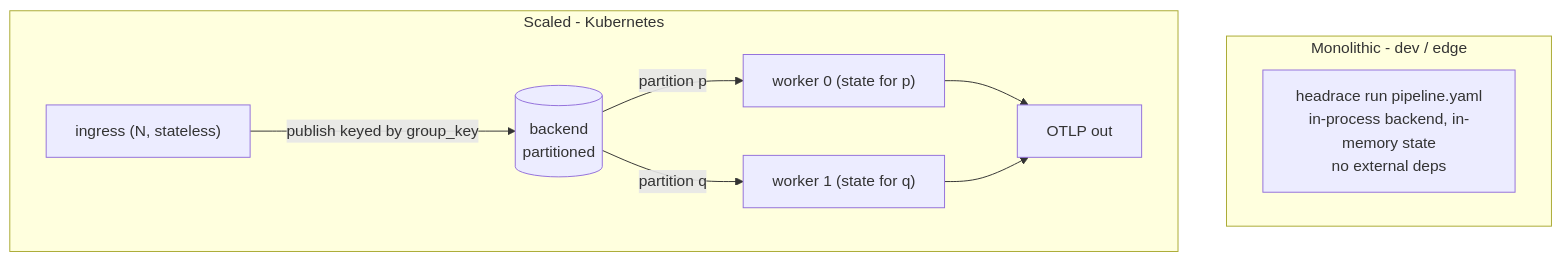
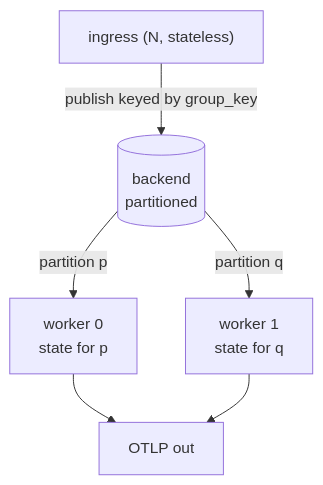
One commit to headrace-rs/headrace changed the third of 5 diagrams in DESIGN.md. Above: the diagram before and after it, drawn with Mermaid. The commit also changed other lines of this file, not shown here.

First line of the commit message:
docs: revise DESIGN for dataflow, run modes, and v0.2/v0.3 plans

````diff
--- a/DESIGN.md
+++ b/DESIGN.md
@@ -47,13 +56,8 @@
 ```mermaid
 flowchart TB
-  subgraph mono[Monolithic - dev / edge]
-    m["headrace run pipeline.yaml<br/>in-process backend, in-memory state<br/>no external deps"]
-  end
-  subgraph scaled[Scaled - Kubernetes]
-    i["ingress (N, stateless)"] -->|publish keyed by group_key| b[(backend<br/>partitioned)]
-    b -->|partition p| w0["worker 0 (state for p)"]
-    b -->|partition q| w1["worker 1 (state for q)"]
-    w0 --> o[OTLP out]
-    w1 --> o
-  end
+  i["ingress (N, stateless)"] -->|publish keyed by group_key| b[(backend<br/>partitioned)]
+  b -->|partition p| w0["worker 0<br/>state for p"]
+  b -->|partition q| w1["worker 1<br/>state for q"]
+  w0 --> o[OTLP out]
+  w1 --> o
 ```
````
